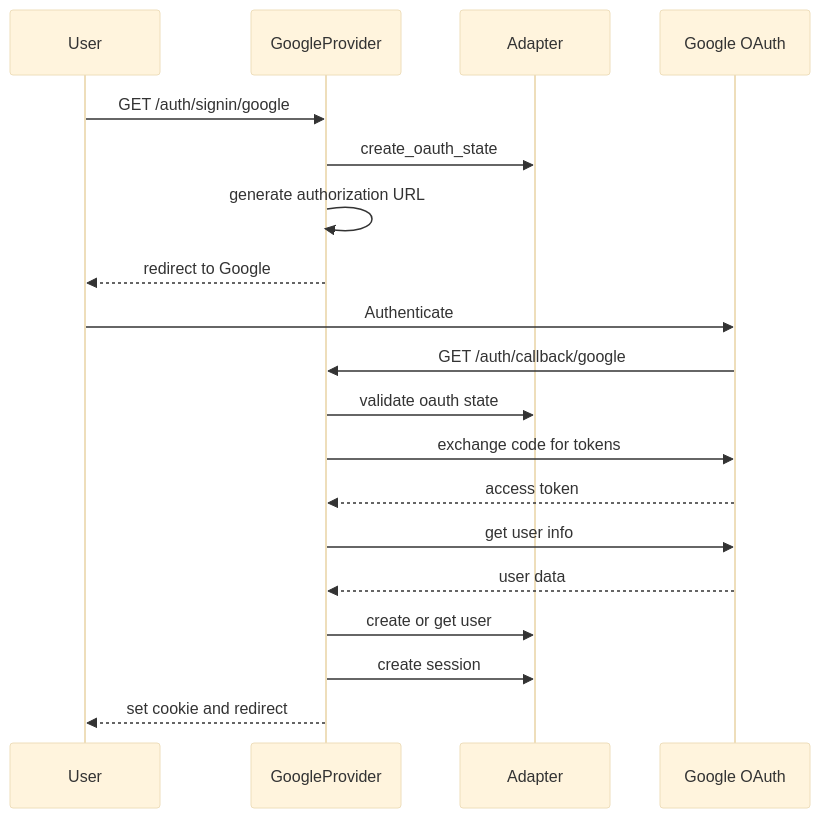
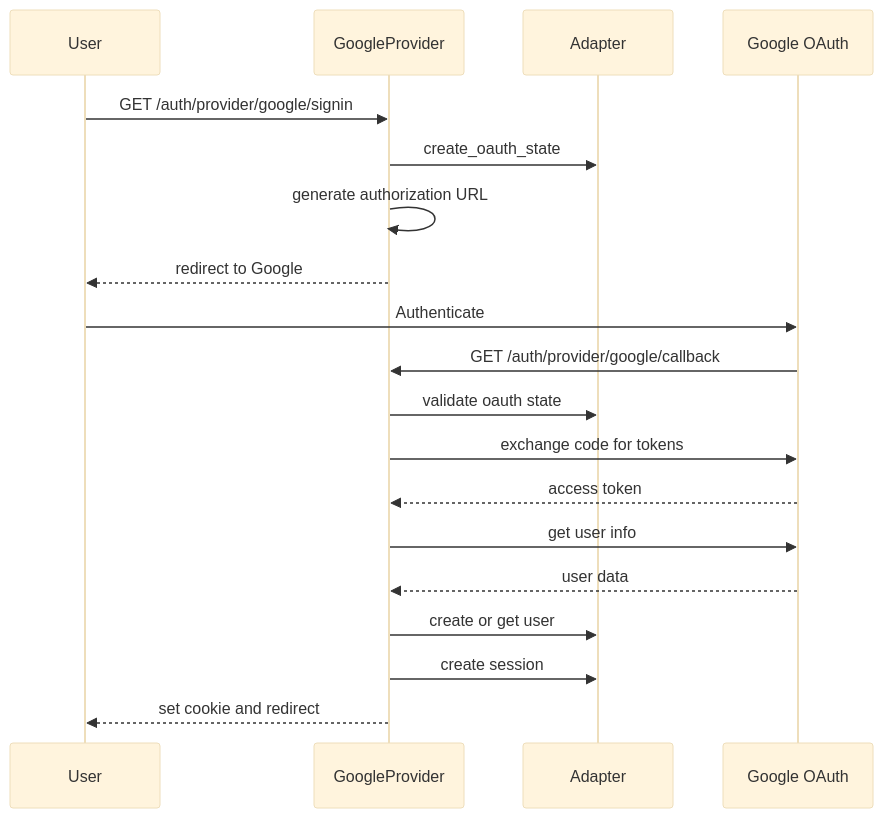
The second of 3 diagrams in design/002-generic-oauth-providers.md (mplemay/belgie), drawn with Mermaid (base theme) before and after one commit. The commit also changed other lines of this file, not shown here.

````diff
--- a/design/002-generic-oauth-providers.md
+++ b/design/002-generic-oauth-providers.md
@@ -131,23 +131,23 @@
 ```mermaid
 sequenceDiagram
     participant User
     participant GoogleProvider
     participant Adapter
     participant GoogleAPI as Google OAuth
 
-    User->>GoogleProvider: GET /auth/signin/google
+    User->>GoogleProvider: GET /auth/provider/google/signin
     GoogleProvider->>Adapter: create_oauth_state
     GoogleProvider->>GoogleProvider: generate authorization URL
     GoogleProvider-->>User: redirect to Google
 
     User->>GoogleAPI: Authenticate
-    GoogleAPI->>GoogleProvider: GET /auth/callback/google
+    GoogleAPI->>GoogleProvider: GET /auth/provider/google/callback
     GoogleProvider->>Adapter: validate oauth state
     GoogleProvider->>GoogleAPI: exchange code for tokens
     GoogleAPI-->>GoogleProvider: access token
     GoogleProvider->>GoogleAPI: get user info
     GoogleAPI-->>GoogleProvider: user data
     GoogleProvider->>Adapter: create or get user
     GoogleProvider->>Adapter: create session
     GoogleProvider-->>User: set cookie and redirect
 ```
````
